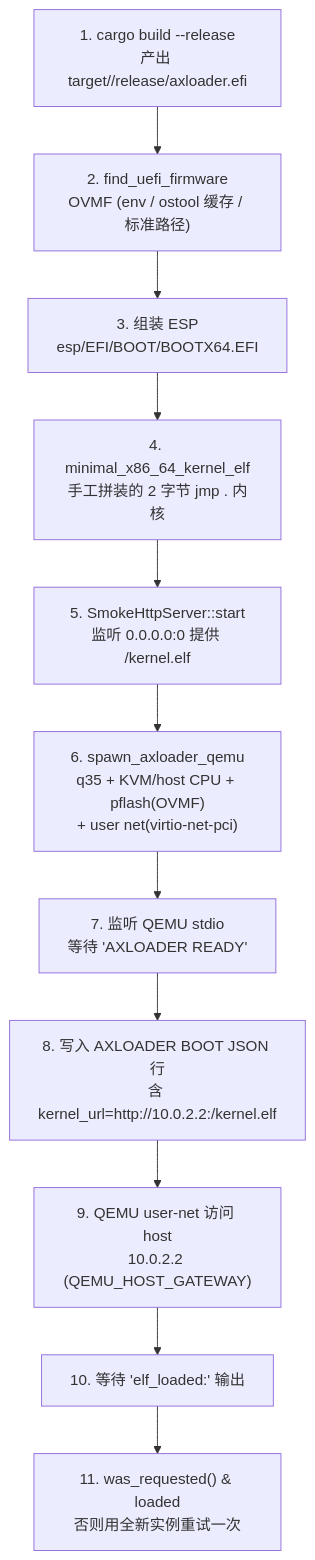
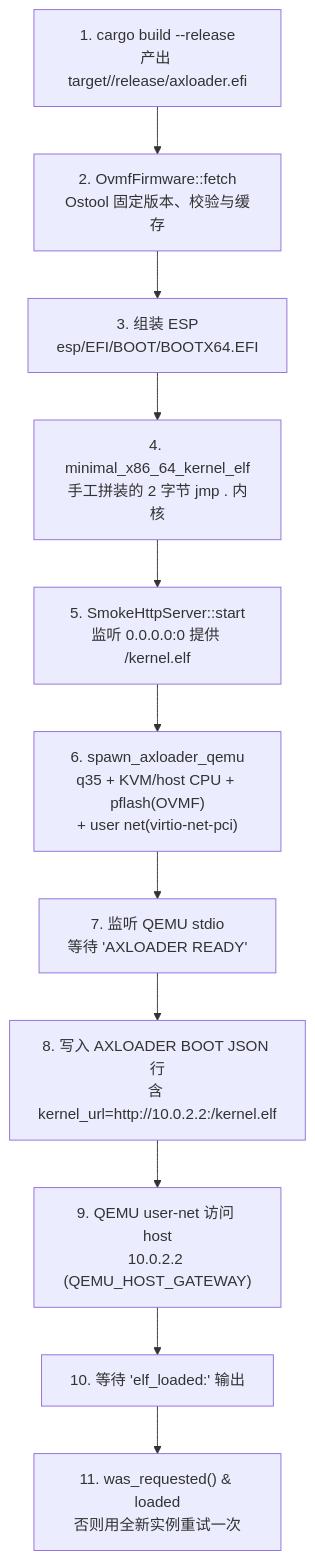
Before and after one commit to Dirinkbottle/tgoskits: the diagram in docs/docs/build/axloader.md, drawn with Mermaid. The commit also changed other lines of this file and 36 other files, not shown here.

Commit message:
refactor(axbuild): reuse ostool OVMF assets and paths (#1917)

````diff
--- a/docs/docs/build/axloader.md
+++ b/docs/docs/build/axloader.md
@@ -30,16 +30,16 @@
 ```mermaid
 flowchart TB
     BUILD["1. cargo build --release<br/>产出 target/<uefi>/release/axloader.efi"]
-    FW["2. find_uefi_firmware<br/>OVMF (env / ostool 缓存 / 标准路径)"]
+    FW["2. OvmfFirmware::fetch<br/>Ostool 固定版本、校验与缓存"]
     ESP["3. 组装 ESP<br/>esp/EFI/BOOT/BOOTX64.EFI"]
     KERNEL["4. minimal_x86_64_kernel_elf<br/>手工拼装的 2 字节 jmp . 内核"]
     HTTP["5. SmokeHttpServer::start<br/>监听 0.0.0.0:0 提供 /kernel.elf"]
     QEMU["6. spawn_axloader_qemu<br/>q35 + KVM/host CPU + pflash(OVMF)<br/>+ user net(virtio-net-pci)"]
     SERIAL["7. 监听 QEMU stdio<br/>等待 'AXLOADER READY'"]
     BOOT["8. 写入 AXLOADER BOOT JSON 行<br/>含 kernel_url=http://10.0.2.2:<port>/kernel.elf"]
     FETCH["9. QEMU user-net 访问 host<br/>10.0.2.2 (QEMU_HOST_GATEWAY)"]
     LOAD["10. 等待 'elf_loaded:' 输出"]
     CHECK["11. was_requested() & loaded<br/>否则用全新实例重试一次"]
 
     BUILD --> FW --> ESP --> KERNEL --> HTTP --> QEMU --> SERIAL --> BOOT --> FETCH --> LOAD --> CHECK
 ```
````
